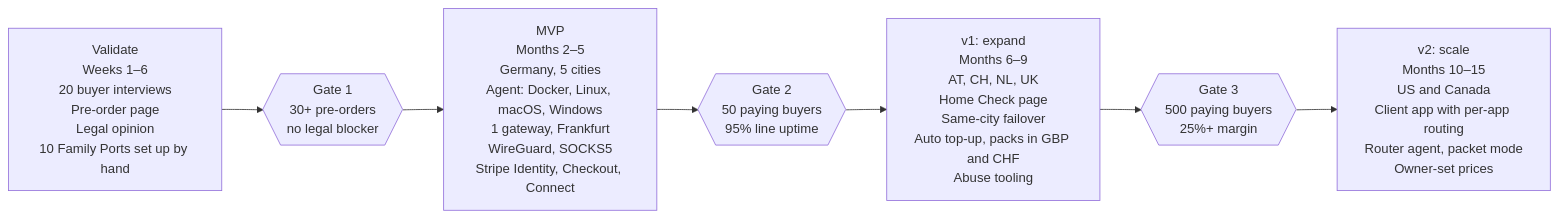
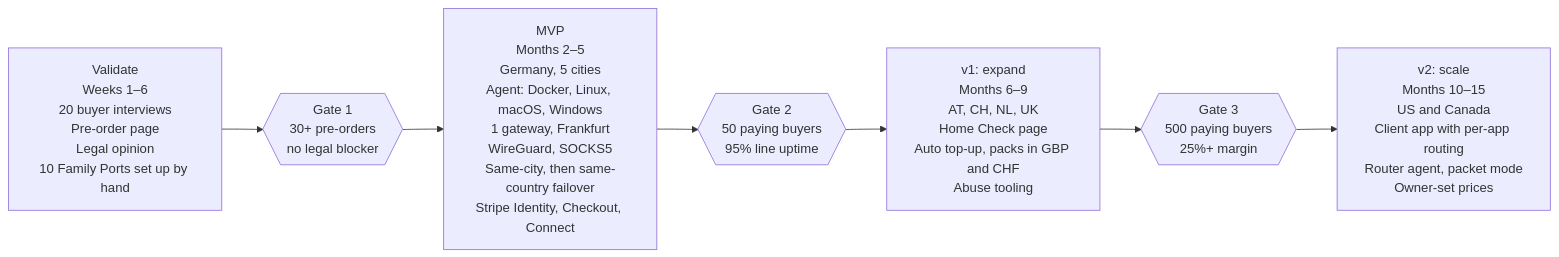
The second of 2 diagrams in docs/concept.md (jermainee/homeport), drawn with Mermaid before and after one commit. The commit also changed other lines of this file and 1 other file, not shown here.

Commit message:
Document same-city, then same-country failover

````diff
--- a/docs/concept.md
+++ b/docs/concept.md
@@ -386,11 +396,11 @@
 ```mermaid
 flowchart LR
   validate["Validate<br/>Weeks 1–6<br/>20 buyer interviews<br/>Pre-order page<br/>Legal opinion<br/>10 Family Ports set up by hand"]
   gate1{{"Gate 1<br/>30+ pre-orders<br/>no legal blocker"}}
-  mvp["MVP<br/>Months 2–5<br/>Germany, 5 cities<br/>Agent: Docker, Linux, macOS, Windows<br/>1 gateway, Frankfurt<br/>WireGuard, SOCKS5<br/>Stripe Identity, Checkout, Connect"]
+  mvp["MVP<br/>Months 2–5<br/>Germany, 5 cities<br/>Agent: Docker, Linux, macOS, Windows<br/>1 gateway, Frankfurt<br/>WireGuard, SOCKS5<br/>Same-city, then same-country failover<br/>Stripe Identity, Checkout, Connect"]
   gate2{{"Gate 2<br/>50 paying buyers<br/>95% line uptime"}}
-  v1["v1: expand<br/>Months 6–9<br/>AT, CH, NL, UK<br/>Home Check page<br/>Same-city failover<br/>Auto top-up, packs in GBP and CHF<br/>Abuse tooling"]
+  v1["v1: expand<br/>Months 6–9<br/>AT, CH, NL, UK<br/>Home Check page<br/>Auto top-up, packs in GBP and CHF<br/>Abuse tooling"]
   gate3{{"Gate 3<br/>500 paying buyers<br/>25%+ margin"}}
   v2["v2: scale<br/>Months 10–15<br/>US and Canada<br/>Client app with per-app routing<br/>Router agent, packet mode<br/>Owner-set prices"]
   validate --> gate1 --> mvp --> gate2 --> v1 --> gate3 --> v2
 ```
````
